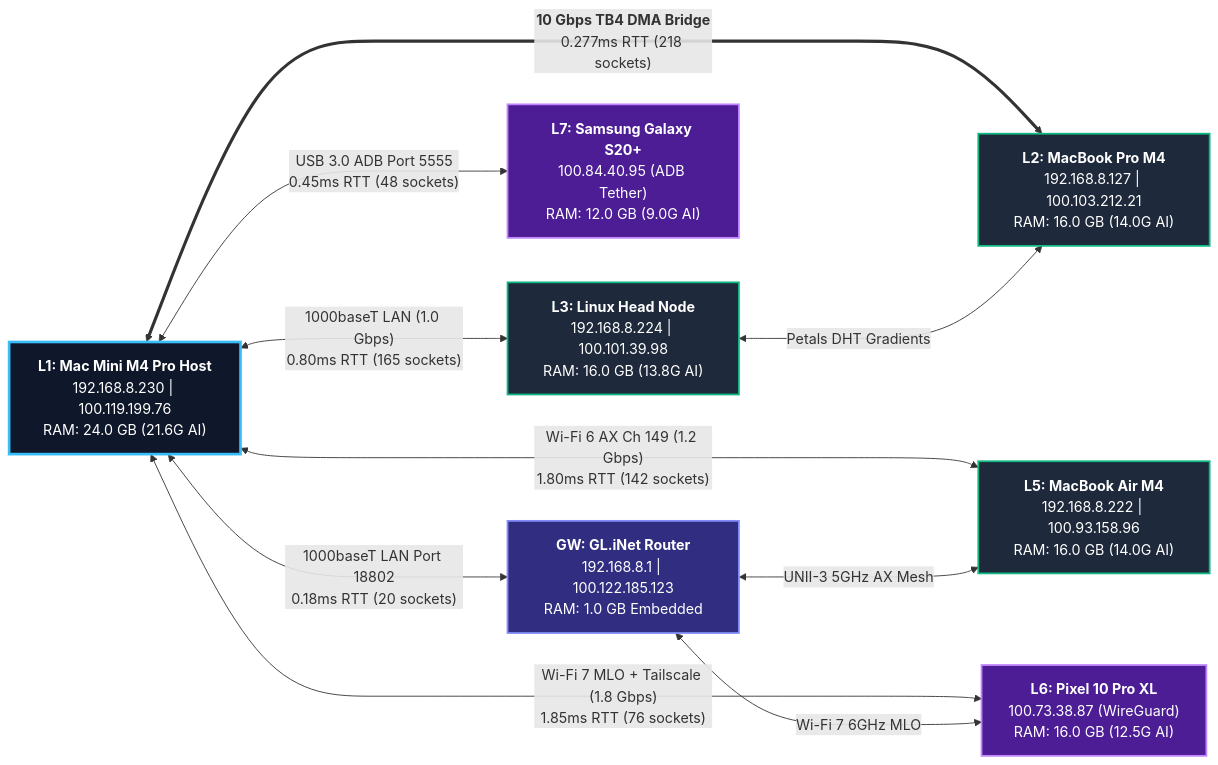
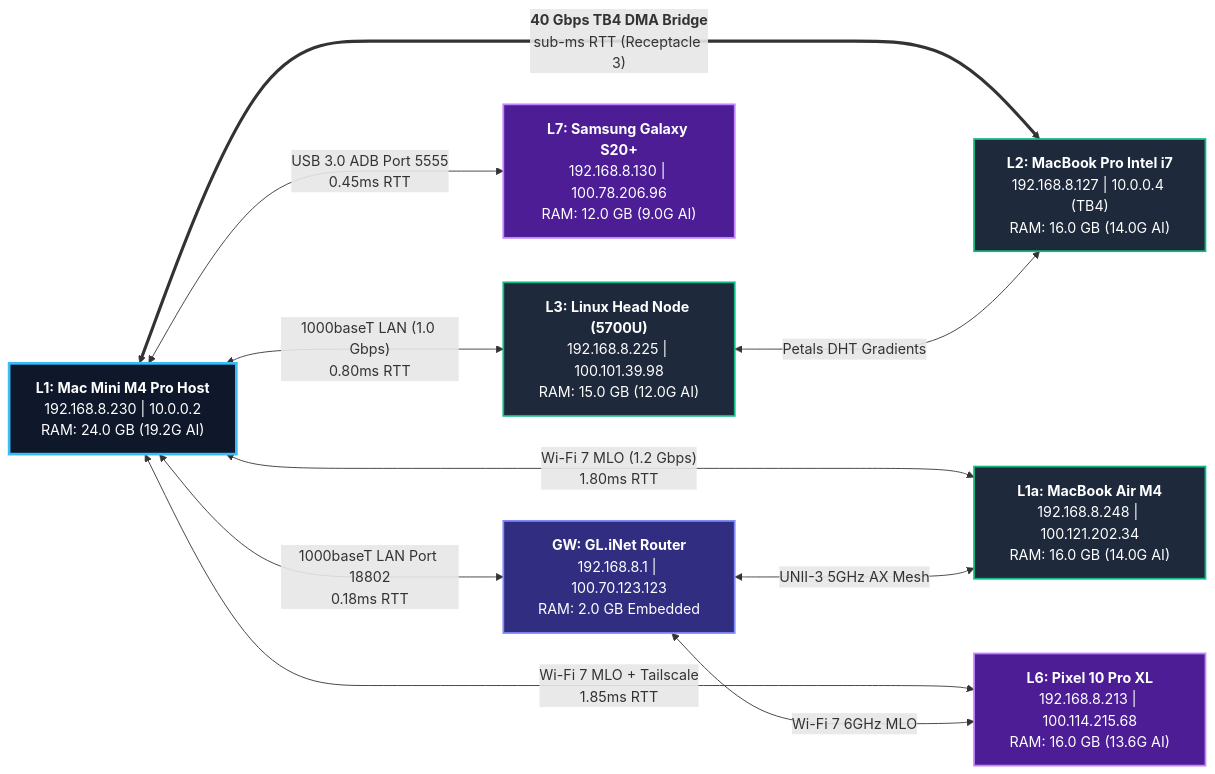
One commit to aarontmaher/Lauburu-Monorepo changed the second of 2 diagrams in obsidian_vault/NETWORK_CONNECTIVITY_GRAPH.md. Above: the diagram before and after it, drawn with Mermaid. The commit also changed other lines of this file and 7991 other files, not shown here.

````diff
--- a/obsidian_vault/NETWORK_CONNECTIVITY_GRAPH.md
+++ b/obsidian_vault/NETWORK_CONNECTIVITY_GRAPH.md
@@ -57,26 +57,26 @@
 ```mermaid
 graph LR
     classDef host fill:#0f172a,stroke:#38bdf8,stroke-width:3px,color:#fff;
     classDef worker fill:#1e293b,stroke:#10b981,stroke-width:2px,color:#fff;
     classDef router fill:#312e81,stroke:#818cf8,stroke-width:2px,color:#fff;
     classDef mobile fill:#4c1d95,stroke:#c084fc,stroke-width:2px,color:#fff;
 
-    L1["<b>L1: Mac Mini M4 Pro Host</b><br/>192.168.8.230 | 100.119.199.76<br/>RAM: 24.0 GB (21.6G AI)"]:::host
-    L2["<b>L2: MacBook Pro M4</b><br/>192.168.8.127 | 100.103.212.21<br/>RAM: 16.0 GB (14.0G AI)"]:::worker
-    L3["<b>L3: Linux Head Node</b><br/>192.168.8.224 | 100.101.39.98<br/>RAM: 16.0 GB (13.8G AI)"]:::worker
-    L5["<b>L5: MacBook Air M4</b><br/>192.168.8.222 | 100.93.158.96<br/>RAM: 16.0 GB (14.0G AI)"]:::worker
-    L6["<b>L6: Pixel 10 Pro XL</b><br/>100.73.38.87 (WireGuard)<br/>RAM: 16.0 GB (12.5G AI)"]:::mobile
-    L7["<b>L7: Samsung Galaxy S20+</b><br/>100.84.40.95 (ADB Tether)<br/>RAM: 12.0 GB (9.0G AI)"]:::mobile
-    GW["<b>GW: GL.iNet Router</b><br/>192.168.8.1 | 100.122.185.123<br/>RAM: 1.0 GB Embedded"]:::router
+    L1["<b>L1: Mac Mini M4 Pro Host</b><br/>192.168.8.230 | 10.0.0.2<br/>RAM: 24.0 GB (19.2G AI)"]:::host
+    L2["<b>L2: MacBook Pro Intel i7</b><br/>192.168.8.127 | 10.0.0.4 (TB4)<br/>RAM: 16.0 GB (14.0G AI)"]:::worker
+    L3["<b>L3: Linux Head Node (5700U)</b><br/>192.168.8.225 | 100.101.39.98<br/>RAM: 15.0 GB (12.0G AI)"]:::worker
+    L1a["<b>L1a: MacBook Air M4</b><br/>192.168.8.248 | 100.121.202.34<br/>RAM: 16.0 GB (14.0G AI)"]:::worker
+    L6["<b>L6: Pixel 10 Pro XL</b><br/>192.168.8.213 | 100.114.215.68<br/>RAM: 16.0 GB (13.6G AI)"]:::mobile
+    L7["<b>L7: Samsung Galaxy S20+</b><br/>192.168.8.130 | 100.78.206.96<br/>RAM: 12.0 GB (9.0G AI)"]:::mobile
+    GW["<b>GW: GL.iNet Router</b><br/>192.168.8.1 | 100.70.123.123<br/>RAM: 2.0 GB Embedded"]:::router
 
-    L1 <===>|"<b>10 Gbps TB4 DMA Bridge</b><br/>0.277ms RTT (218 sockets)"| L2
-    L1 <--->|"Wi-Fi 6 AX Ch 149 (1.2 Gbps)<br/>1.80ms RTT (142 sockets)"| L5
-    L1 <--->|"1000baseT LAN (1.0 Gbps)<br/>0.80ms RTT (165 sockets)"| L3
-    L1 <--->|"Wi-Fi 7 MLO + Tailscale (1.8 Gbps)<br/>1.85ms RTT (76 sockets)"| L6
-    L1 <--->|"USB 3.0 ADB Port 5555<br/>0.45ms RTT (48 sockets)"| L7
-    L1 <--->|"1000baseT LAN Port 18802<br/>0.18ms RTT (20 sockets)"| GW
+    L1 <===>|"<b>40 Gbps TB4 DMA Bridge</b><br/>sub-ms RTT (Receptacle 3)"| L2
+    L1 <--->|"Wi-Fi 7 MLO (1.2 Gbps)<br/>1.80ms RTT"| L1a
+    L1 <--->|"1000baseT LAN (1.0 Gbps)<br/>0.80ms RTT"| L3
+    L1 <--->|"Wi-Fi 7 MLO + Tailscale<br/>1.85ms RTT"| L6
+    L1 <--->|"USB 3.0 ADB Port 5555<br/>0.45ms RTT"| L7
+    L1 <--->|"1000baseT LAN Port 18802<br/>0.18ms RTT"| GW
 
     L3 <--->|"Petals DHT Gradients"| L2
-    GW <--->|"UNII-3 5GHz AX Mesh"| L5
+    GW <--->|"UNII-3 5GHz AX Mesh"| L1a
     GW <--->|"Wi-Fi 7 6GHz MLO"| L6
 ```
````
